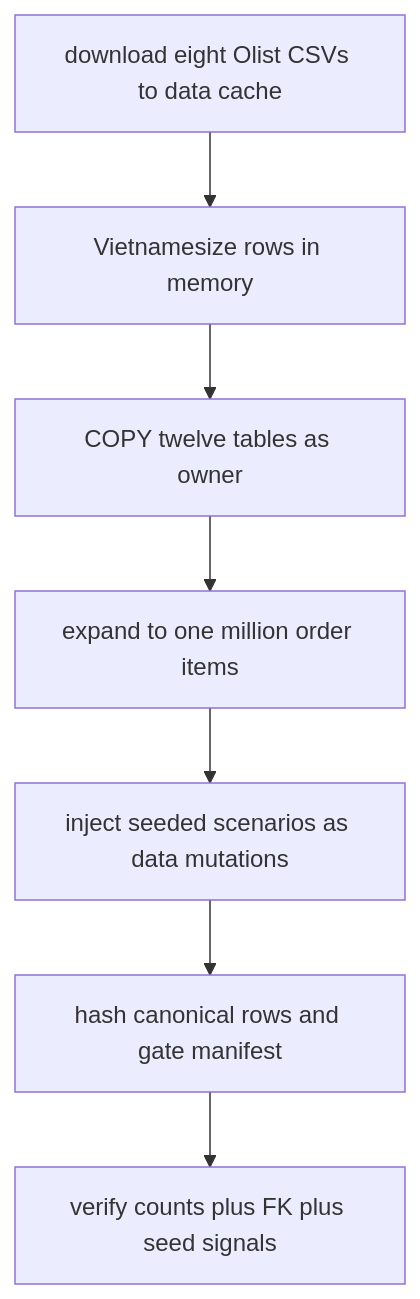
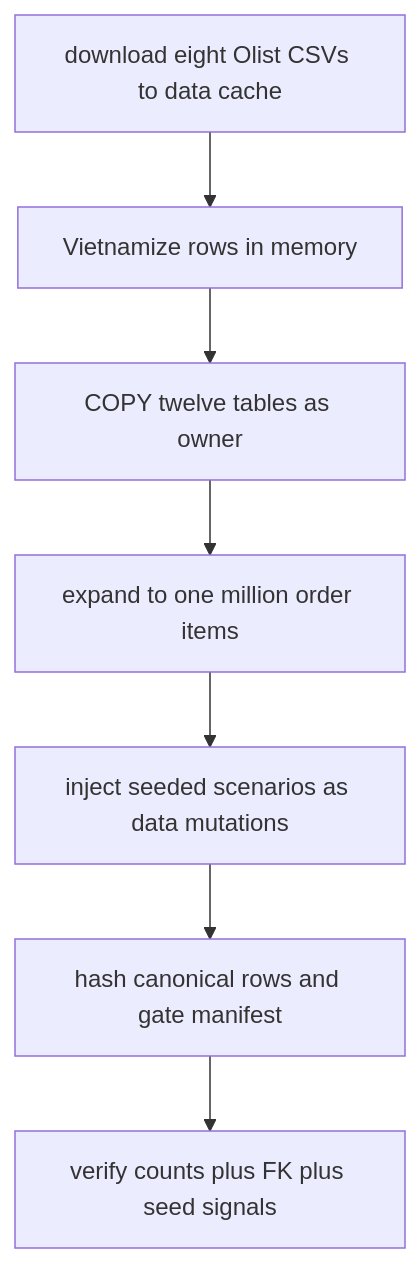
The second of 2 diagrams in openwiki/data/database-and-seeding.md (NDTruongDanh/SE373-Analytics-Agent), drawn with Mermaid before and after one commit. The commit also changed other lines of this file and 27 other files, not shown here.

````diff
--- a/openwiki/data/database-and-seeding.md
+++ b/openwiki/data/database-and-seeding.md
@@ -128,9 +130,9 @@
 ```mermaid
 flowchart TD
-  A["download eight Olist CSVs to data cache"] --> B["Vietnamesize rows in memory"]
+  A["download eight Olist CSVs to data cache"] --> B["Vietnamize rows in memory"]
   B --> C["COPY twelve tables as owner"]
   C --> D["expand to one million order items"]
   D --> E["inject seeded scenarios as data mutations"]
   E --> F["hash canonical rows and gate manifest"]
   F --> G["verify counts plus FK plus seed signals"]
 ```
````
